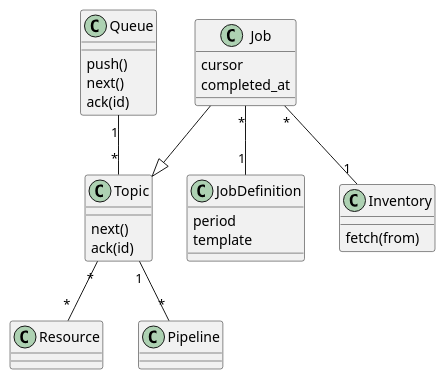
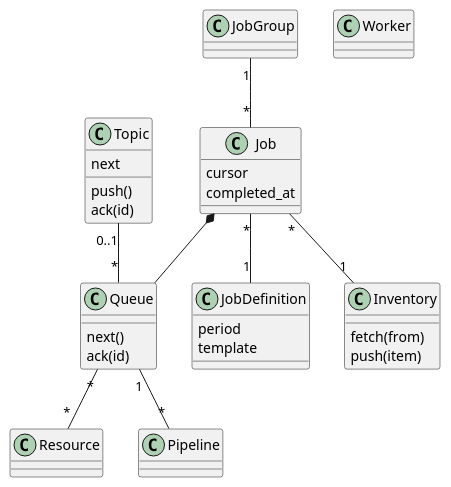
The diagram in docs/plantuml/class_diagram.plantuml (Flared/saturn), drawn with PlantUML before and after one commit.

Commit message:
update uml

```diff
--- a/docs/plantuml/class_diagram.plantuml
+++ b/docs/plantuml/class_diagram.plantuml
@@ -1,40 +1,49 @@
 @startuml
+
+class Topic {
+    push()
+    next
+    ack(id)
+}
+
+class Job {
+  cursor
+  completed_at
+}
+
+class  Worker {
+}
+
 class Queue {
-  push()
   next()
   ack(id)
 }
 
 class JobDefinition {
   period
   template
 }
 
-class Job {
-  cursor
-  completed_at
-}
-
 class Inventory {
   fetch(from)
+  push(item)
 }
 
 class Resource {
 }
 
-class Topic {
-  next()
-  ack(id)
-}
-
 class Pipeline {
 }
 
-Job --|> Topic
+class JobGroup {
+}
 
-Queue "1" -- "*" Topic
-Topic "1" -- "*" Pipeline
-Topic "*" -- "*" Resource
+Topic "0..1" -- "*" Queue
+Queue "*" -- "*" Resource
+Queue "1" -- "*" Pipeline
+Job *-- Queue
+Job "*" -- "1" JobDefinition
 Job "*" -- "1" Inventory
-Job "*" -- "1" JobDefinition
+JobGroup "1" -- "*" Job
+
 @enduml
```
